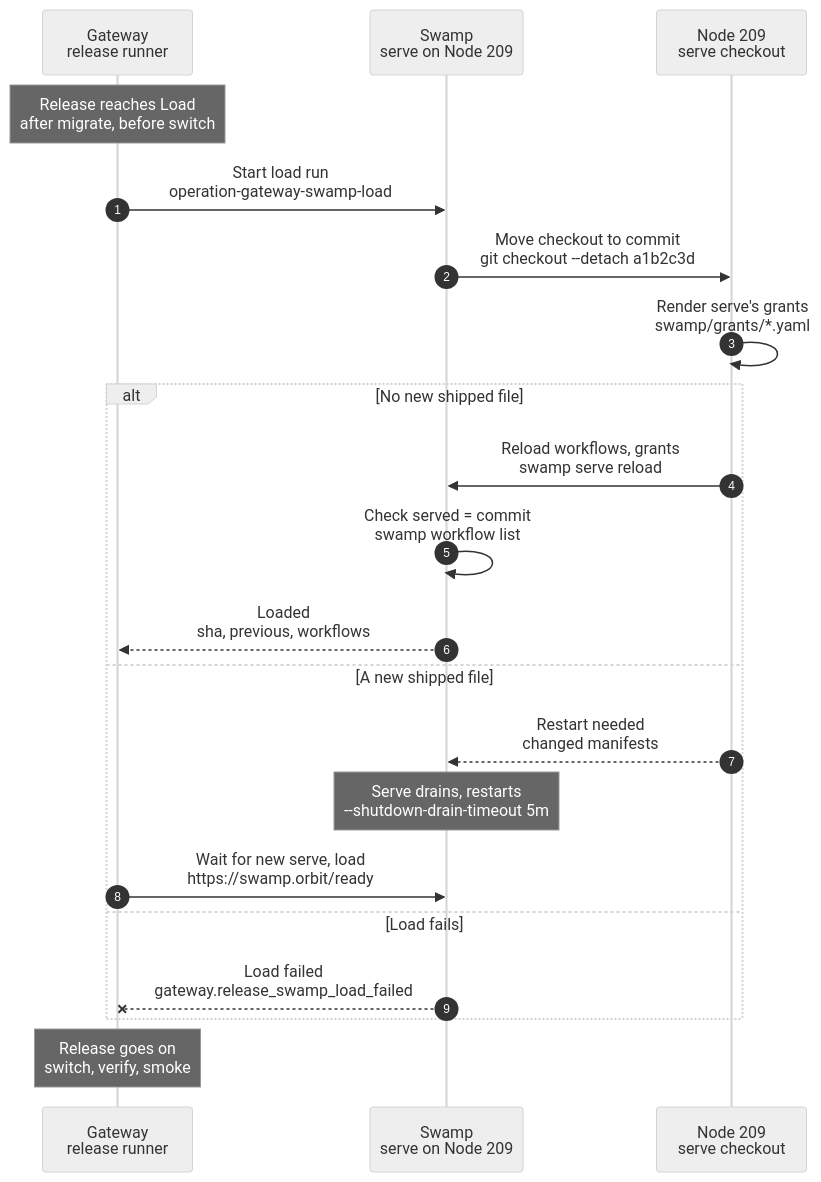
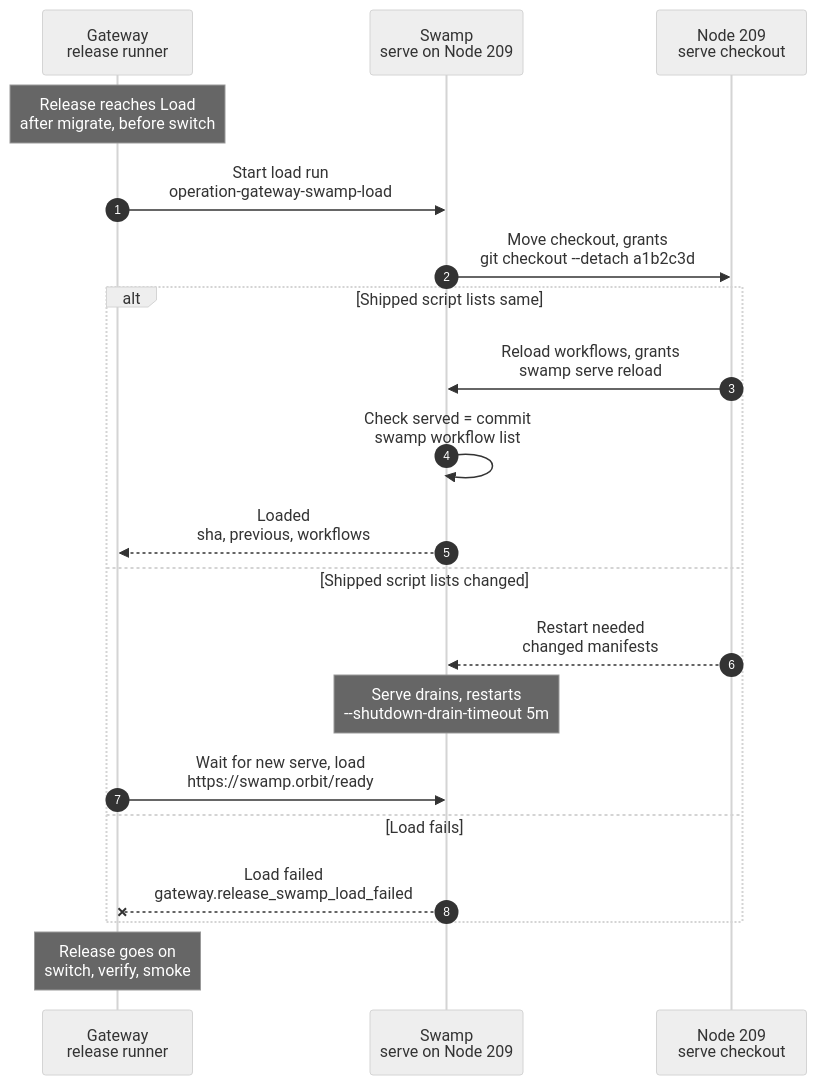
One commit to hardimpactdev/orbit changed the diagram in docs/cli/gateway/swamp-load.mmd. Above: the diagram before and after it, drawn with Mermaid (neutral theme). The commit also changed 1 other file, not shown here.

Commit message:
docs(cli): tighten2 charts without a wave (instance.auto_deploy, gateway.swamp_load)

```diff
--- a/docs/cli/gateway/swamp-load.mmd
+++ b/docs/cli/gateway/swamp-load.mmd
@@ -1,88 +1,81 @@
 sequenceDiagram
   %% Target design: swamp-load-git-checkout (Nick 2026-11-01), release-waits-for-swamp, single-swamp-node. docs/reference/gateway-recovery.md#load-swamp.
+  %% Tightened: flow-tighten 2026-11-02, rule 6 (checkout move and grants render are one load action on 209).
   %% status: reviewed
   %% command: gateway:release:deploy · Load Swamp
   %% kind: gateway.swamp_load
   %% behavior name: gateway-swamp-load (fixed)
   autonumber
   %% lane GW icon=gateway pill=intent tone=blue
   %% lane SW icon=workflow pill=executes tone=green
   %% lane N icon=server pill=target tone=amber
   participant GW as Gateway<br/>release runner
   participant SW as Swamp<br/>serve on Node 209
   participant N as Node 209<br/>serve checkout
   Note over GW: Release reaches Load<br/>after migrate, before switch
   %%> When:
   %%> - every Gateway release, automatic or `orbit gateway:release:deploy <sha>`
   %%> - after prepare and migrate, before the switch
   %%> - also for releases that change no Swamp file, so Gateway and Swamp always run the same commit
   %%> Not included:
   %%> - no CLI command of its own; the release runner is the only caller
   %%> - `gateway:release:rollback` skips this step, so a rollback works while Swamp is down
   GW->>SW: Start load run<br/>operation-gateway-swamp-load
   %%> What it does:
   %%> - records task #5150 with the release commit
   %%> - starts one Swamp run on serve, placed on the `swamp` role
   %%> Inputs:
   %%> - the release commit, for example `a1b2c3d`
   %%> Retry:
   %%> - when serve is restarting, the start waits up to 10 minutes instead of pausing the release
-  SW->>N: Move checkout to commit<br/>git checkout --detach a1b2c3d
+  SW->>N: Move checkout, grants<br/>git checkout --detach a1b2c3d
   %%> Requirements:
   %%> - the new commit descends from the current one (fast-forward only)
   %%> On the Node:
   %%> - fetches the commit into the serve checkout
   %%> - moves the checkout to it
+  %%> - writes `swamp/grants/orbit-gateway.yaml`: which workflows the Gateway may start, from `swamp/config/gateway-workflow-grants.json`
   %%> Why:
   %%> - Swamp's default mode reads `swamp/` from a Git checkout; no custom loader
-  N->>N: Render serve's grants<br/>swamp/grants/*.yaml
-  %%> What it does:
-  %%> - writes which workflows the Gateway may start, from `swamp/config/gateway-workflow-grants.json`
-  %%> - writes serve's other grants, from `swamp/config/serve-grants.json`, as `swamp/grants/orbit-serve.yaml`
-  %%> Why a script:
-  %%> - serve's grants format can't hold the manifest's schedule producer marks, and no official behavior renders grants
-  %%> Not included:
-  %%> - the swamp role writes no grants; they follow the checkout
-  alt No new shipped file
+  %%> - one action on Node 209 with one failure handling, so the render is part of this step
+  alt Shipped script lists same
     N->>SW: Reload workflows, grants<br/>swamp serve reload
     %%> What it does:
     %%> - `swamp serve reload`: serve picks up new and changed workflows and extensions
     %%> - `swamp access reload`: serve creates, revokes or keeps grants to match the file
     %%> Why:
     %%> - a reload, not a restart: running work keeps going
     SW->>SW: Check served = commit<br/>swamp workflow list
     %%> What it does:
     %%> - compares the workflows serve runs with the workflows in the commit
     %%> - ignores the `schedule-<uuid>` workflows that Schedules publish
     SW-->>GW: Loaded<br/>sha, previous, workflows
     %%> Result:
     %%> - task #5150 succeeded
     %%> - returns the commit, the previous commit and the workflow count
-  else A new shipped file
+  else Shipped script lists changed
     N-->>SW: Restart needed<br/>changed manifests
     %%> Why:
     %%> - serve's reload keeps each extension's file list from its start (Lab #4282)
     %%> - so new shipped scripts reach workers only after a restart
-    %%> - a removed entry needs none: serve serves a listed file that is gone as missing
-    %%> - each restart resets serve's hourly bookkeeping GC (Lab #4287), so the release restarts only when it must
     %%> Temporary:
     %%> - remove this branch when Lab #4282 is fixed
     Note over SW: Serve drains, restarts<br/>--shutdown-drain-timeout 5m
     %%> What it does:
     %%> - serve takes no new work and lets running work finish, up to 5 minutes
     %%> - then a new serve instance starts from the new commit
     GW->>SW: Wait for new serve, load<br/>https://swamp.orbit/ready
     %%> What it does:
     %%> - waits up to 7 minutes for a new serve instance id
     %%> - then starts the load once more; that run takes the first branch
   else Load fails
     SW--xGW: Load failed<br/>gateway.release_swamp_load_failed
     %%> Result:
     %%> - task #5150 failed
     %%> - the release pauses before the switch; the old Gateway release stays live
     %%> - the checkout may stay on the new commit; fix forward and resume the release
   end
   Note over GW: Release goes on<br/>switch, verify, smoke
   %%> Result:
   %%> - Gateway and Swamp now run the same commit
   %%> - the release switches to the new Gateway code
```
